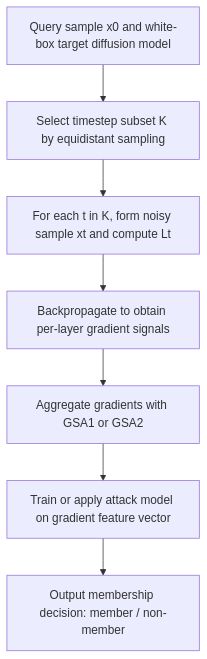
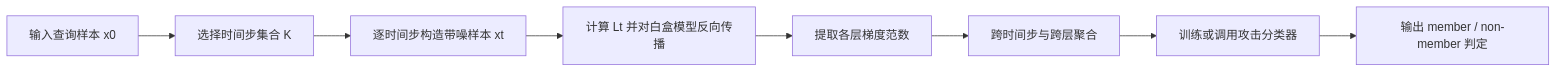
The diagram in docs/paper-reports/white-box/2025-popets-white-box-membership-inference-diffusion-models-report.md (DeliciousBuding/DiffAudit-Research), drawn with Mermaid before and after one commit. The commit also changed other lines of this file and 68 other files, not shown here.

````diff
--- a/docs/paper-reports/white-box/2025-popets-white-box-membership-inference-diffusion-models-report.md
+++ b/docs/paper-reports/white-box/2025-popets-white-box-membership-inference-diffusion-models-report.md
@@ -52,9 +45,10 @@
 ```mermaid
-flowchart TD
-    A["Query sample x0 and white-box target diffusion model"] --> B["Select timestep subset K by equidistant sampling"]
-    B --> C["For each t in K, form noisy sample xt and compute Lt"]
-    C --> D["Backpropagate to obtain per-layer gradient signals"]
-    D --> E["Aggregate gradients with GSA1 or GSA2"]
-    E --> F["Train or apply attack model on gradient feature vector"]
-    F --> G["Output membership decision: member / non-member"]
+flowchart LR
+    A["输入查询样本 x0"] --> B["选择时间步集合 K"]
+    B --> C["逐时间步构造带噪样本 xt"]
+    C --> D["计算 Lt 并对白盒模型反向传播"]
+    D --> E["提取各层梯度范数"]
+    E --> F["跨时间步与跨层聚合"]
+    F --> G["训练或调用攻击分类器"]
+    G --> H["输出 member / non-member 判定"]
 ```
````
